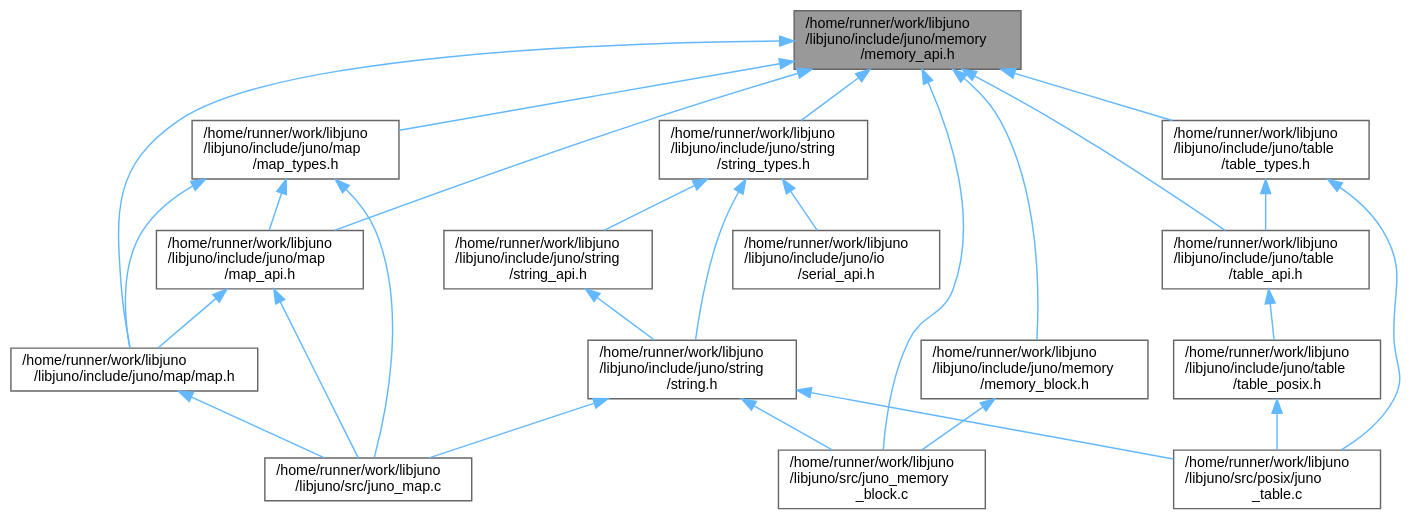
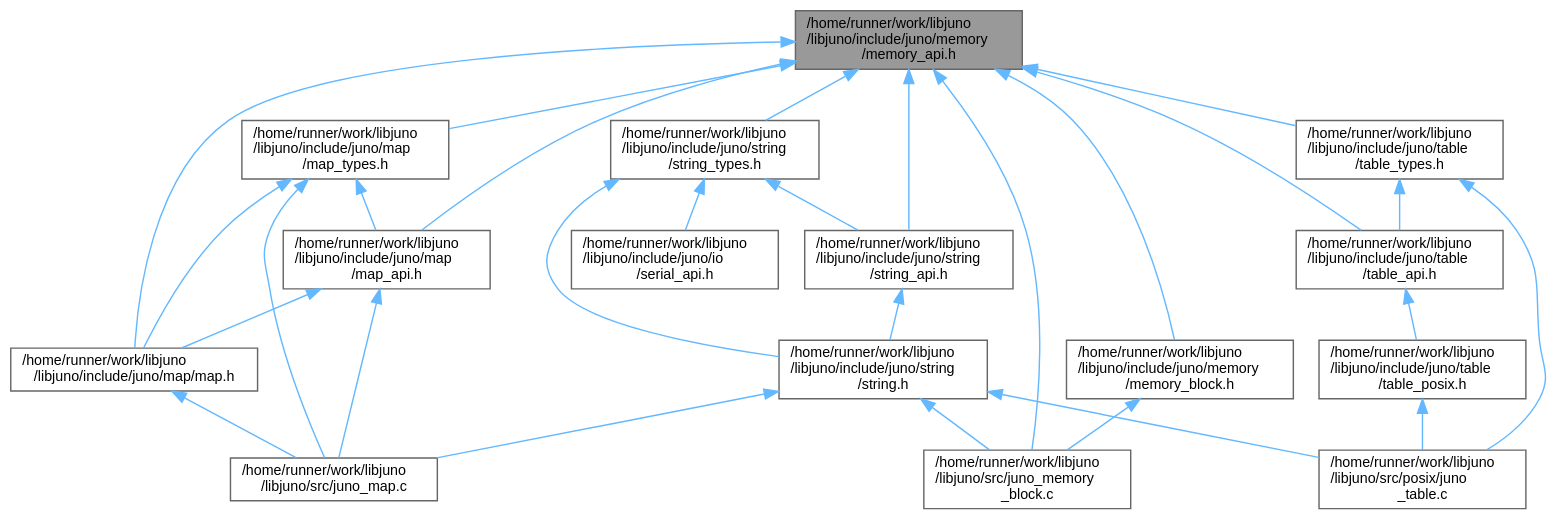
The diagram in memory__api_8h__dep__incl.dot (robinonsay/libjuno), drawn with Graphviz before and after one commit. The commit also changed 192 other files, not shown here.

```diff
--- a/memory__api_8h__dep__incl.dot
+++ b/memory__api_8h__dep__incl.dot
@@ -1,48 +1,49 @@
 digraph "/home/runner/work/libjuno/libjuno/include/juno/memory/memory_api.h"
 {
  // LATEX_PDF_SIZE
   bgcolor="transparent";
   edge [fontname=Helvetica,fontsize=10,labelfontname=Helvetica,labelfontsize=10];
   node [fontname=Helvetica,fontsize=10,shape=box,height=0.2,width=0.4];
   Node1 [id="Node000001",label="/home/runner/work/libjuno\l/libjuno/include/juno/memory\l/memory_api.h",height=0.2,width=0.4,color="gray40", fillcolor="grey60", style="filled", fontcolor="black",tooltip=" "];
   Node1 -> Node2 [id="edge1_Node000001_Node000002",dir="back",color="steelblue1",style="solid",tooltip=" "];
   Node2 [id="Node000002",label="/home/runner/work/libjuno\l/libjuno/include/juno/map/map.h",height=0.2,width=0.4,color="grey40", fillcolor="white", style="filled",URL="$map_8h.html",tooltip=" "];
   Node2 -> Node3 [id="edge2_Node000002_Node000003",dir="back",color="steelblue1",style="solid",tooltip=" "];
   Node3 [id="Node000003",label="/home/runner/work/libjuno\l/libjuno/src/juno_map.c",height=0.2,width=0.4,color="grey40", fillcolor="white", style="filled",URL="$juno__map_8c.html",tooltip=" "];
   Node1 -> Node4 [id="edge3_Node000001_Node000004",dir="back",color="steelblue1",style="solid",tooltip=" "];
   Node4 [id="Node000004",label="/home/runner/work/libjuno\l/libjuno/include/juno/map\l/map_api.h",height=0.2,width=0.4,color="grey40", fillcolor="white", style="filled",URL="$map__api_8h.html",tooltip=" "];
   Node4 -> Node2 [id="edge4_Node000004_Node000002",dir="back",color="steelblue1",style="solid",tooltip=" "];
   Node4 -> Node3 [id="edge5_Node000004_Node000003",dir="back",color="steelblue1",style="solid",tooltip=" "];
   Node1 -> Node5 [id="edge6_Node000001_Node000005",dir="back",color="steelblue1",style="solid",tooltip=" "];
   Node5 [id="Node000005",label="/home/runner/work/libjuno\l/libjuno/include/juno/map\l/map_types.h",height=0.2,width=0.4,color="grey40", fillcolor="white", style="filled",URL="$map__types_8h.html",tooltip=" "];
   Node5 -> Node2 [id="edge7_Node000005_Node000002",dir="back",color="steelblue1",style="solid",tooltip=" "];
   Node5 -> Node4 [id="edge8_Node000005_Node000004",dir="back",color="steelblue1",style="solid",tooltip=" "];
   Node5 -> Node3 [id="edge9_Node000005_Node000003",dir="back",color="steelblue1",style="solid",tooltip=" "];
   Node1 -> Node6 [id="edge10_Node000001_Node000006",dir="back",color="steelblue1",style="solid",tooltip=" "];
   Node6 [id="Node000006",label="/home/runner/work/libjuno\l/libjuno/include/juno/memory\l/memory_block.h",height=0.2,width=0.4,color="grey40", fillcolor="white", style="filled",URL="$memory__block_8h.html",tooltip=" "];
   Node6 -> Node7 [id="edge11_Node000006_Node000007",dir="back",color="steelblue1",style="solid",tooltip=" "];
   Node7 [id="Node000007",label="/home/runner/work/libjuno\l/libjuno/src/juno_memory\l_block.c",height=0.2,width=0.4,color="grey40", fillcolor="white", style="filled",URL="$juno__memory__block_8c.html",tooltip=" "];
   Node1 -> Node8 [id="edge12_Node000001_Node000008",dir="back",color="steelblue1",style="solid",tooltip=" "];
-  Node8 [id="Node000008",label="/home/runner/work/libjuno\l/libjuno/include/juno/string\l/string_types.h",height=0.2,width=0.4,color="grey40", fillcolor="white", style="filled",URL="$string__types_8h.html",tooltip=" "];
+  Node8 [id="Node000008",label="/home/runner/work/libjuno\l/libjuno/include/juno/string\l/string_api.h",height=0.2,width=0.4,color="grey40", fillcolor="white", style="filled",URL="$string__api_8h.html",tooltip=" "];
   Node8 -> Node9 [id="edge13_Node000008_Node000009",dir="back",color="steelblue1",style="solid",tooltip=" "];
-  Node9 [id="Node000009",label="/home/runner/work/libjuno\l/libjuno/include/juno/io\l/serial_api.h",height=0.2,width=0.4,color="grey40", fillcolor="white", style="filled",URL="$serial__api_8h.html",tooltip=" "];
-  Node8 -> Node10 [id="edge14_Node000008_Node000010",dir="back",color="steelblue1",style="solid",tooltip=" "];
-  Node10 [id="Node000010",label="/home/runner/work/libjuno\l/libjuno/include/juno/string\l/string.h",height=0.2,width=0.4,color="grey40", fillcolor="white", style="filled",URL="$string_8h.html",tooltip=" "];
-  Node10 -> Node3 [id="edge15_Node000010_Node000003",dir="back",color="steelblue1",style="solid",tooltip=" "];
-  Node10 -> Node7 [id="edge16_Node000010_Node000007",dir="back",color="steelblue1",style="solid",tooltip=" "];
-  Node10 -> Node11 [id="edge17_Node000010_Node000011",dir="back",color="steelblue1",style="solid",tooltip=" "];
-  Node11 [id="Node000011",label="/home/runner/work/libjuno\l/libjuno/src/posix/juno\l_table.c",height=0.2,width=0.4,color="grey40", fillcolor="white", style="filled",URL="$juno__table_8c.html",tooltip=" "];
-  Node8 -> Node12 [id="edge18_Node000008_Node000012",dir="back",color="steelblue1",style="solid",tooltip=" "];
-  Node12 [id="Node000012",label="/home/runner/work/libjuno\l/libjuno/include/juno/string\l/string_api.h",height=0.2,width=0.4,color="grey40", fillcolor="white", style="filled",URL="$string__api_8h.html",tooltip=" "];
-  Node12 -> Node10 [id="edge19_Node000012_Node000010",dir="back",color="steelblue1",style="solid",tooltip=" "];
-  Node1 -> Node13 [id="edge20_Node000001_Node000013",dir="back",color="steelblue1",style="solid",tooltip=" "];
+  Node9 [id="Node000009",label="/home/runner/work/libjuno\l/libjuno/include/juno/string\l/string.h",height=0.2,width=0.4,color="grey40", fillcolor="white", style="filled",URL="$string_8h.html",tooltip=" "];
+  Node9 -> Node3 [id="edge14_Node000009_Node000003",dir="back",color="steelblue1",style="solid",tooltip=" "];
+  Node9 -> Node7 [id="edge15_Node000009_Node000007",dir="back",color="steelblue1",style="solid",tooltip=" "];
+  Node9 -> Node10 [id="edge16_Node000009_Node000010",dir="back",color="steelblue1",style="solid",tooltip=" "];
+  Node10 [id="Node000010",label="/home/runner/work/libjuno\l/libjuno/src/posix/juno\l_table.c",height=0.2,width=0.4,color="grey40", fillcolor="white", style="filled",URL="$juno__table_8c.html",tooltip=" "];
+  Node1 -> Node11 [id="edge17_Node000001_Node000011",dir="back",color="steelblue1",style="solid",tooltip=" "];
+  Node11 [id="Node000011",label="/home/runner/work/libjuno\l/libjuno/include/juno/string\l/string_types.h",height=0.2,width=0.4,color="grey40", fillcolor="white", style="filled",URL="$string__types_8h.html",tooltip=" "];
+  Node11 -> Node12 [id="edge18_Node000011_Node000012",dir="back",color="steelblue1",style="solid",tooltip=" "];
+  Node12 [id="Node000012",label="/home/runner/work/libjuno\l/libjuno/include/juno/io\l/serial_api.h",height=0.2,width=0.4,color="grey40", fillcolor="white", style="filled",URL="$serial__api_8h.html",tooltip=" "];
+  Node11 -> Node9 [id="edge19_Node000011_Node000009",dir="back",color="steelblue1",style="solid",tooltip=" "];
+  Node11 -> Node8 [id="edge20_Node000011_Node000008",dir="back",color="steelblue1",style="solid",tooltip=" "];
+  Node1 -> Node13 [id="edge21_Node000001_Node000013",dir="back",color="steelblue1",style="solid",tooltip=" "];
   Node13 [id="Node000013",label="/home/runner/work/libjuno\l/libjuno/include/juno/table\l/table_api.h",height=0.2,width=0.4,color="grey40", fillcolor="white", style="filled",URL="$table__api_8h.html",tooltip=" "];
-  Node13 -> Node14 [id="edge21_Node000013_Node000014",dir="back",color="steelblue1",style="solid",tooltip=" "];
+  Node13 -> Node14 [id="edge22_Node000013_Node000014",dir="back",color="steelblue1",style="solid",tooltip=" "];
   Node14 [id="Node000014",label="/home/runner/work/libjuno\l/libjuno/include/juno/table\l/table_posix.h",height=0.2,width=0.4,color="grey40", fillcolor="white", style="filled",URL="$table__posix_8h.html",tooltip=" "];
-  Node14 -> Node11 [id="edge22_Node000014_Node000011",dir="back",color="steelblue1",style="solid",tooltip=" "];
-  Node1 -> Node15 [id="edge23_Node000001_Node000015",dir="back",color="steelblue1",style="solid",tooltip=" "];
+  Node14 -> Node10 [id="edge23_Node000014_Node000010",dir="back",color="steelblue1",style="solid",tooltip=" "];
+  Node1 -> Node15 [id="edge24_Node000001_Node000015",dir="back",color="steelblue1",style="solid",tooltip=" "];
   Node15 [id="Node000015",label="/home/runner/work/libjuno\l/libjuno/include/juno/table\l/table_types.h",height=0.2,width=0.4,color="grey40", fillcolor="white", style="filled",URL="$table__types_8h.html",tooltip=" "];
-  Node15 -> Node13 [id="edge24_Node000015_Node000013",dir="back",color="steelblue1",style="solid",tooltip=" "];
-  Node15 -> Node11 [id="edge25_Node000015_Node000011",dir="back",color="steelblue1",style="solid",tooltip=" "];
-  Node1 -> Node7 [id="edge26_Node000001_Node000007",dir="back",color="steelblue1",style="solid",tooltip=" "];
+  Node15 -> Node13 [id="edge25_Node000015_Node000013",dir="back",color="steelblue1",style="solid",tooltip=" "];
+  Node15 -> Node10 [id="edge26_Node000015_Node000010",dir="back",color="steelblue1",style="solid",tooltip=" "];
+  Node1 -> Node7 [id="edge27_Node000001_Node000007",dir="back",color="steelblue1",style="solid",tooltip=" "];
 }
```
